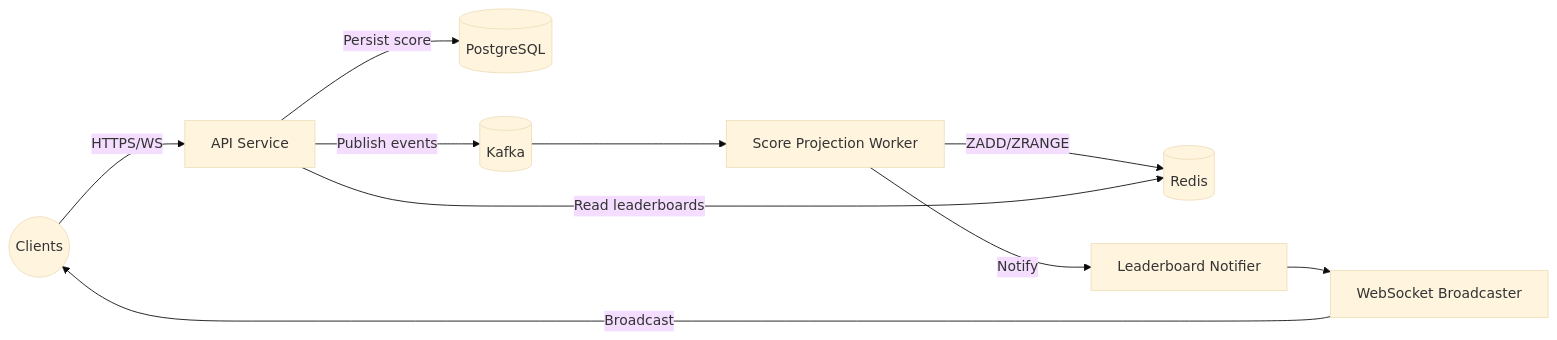
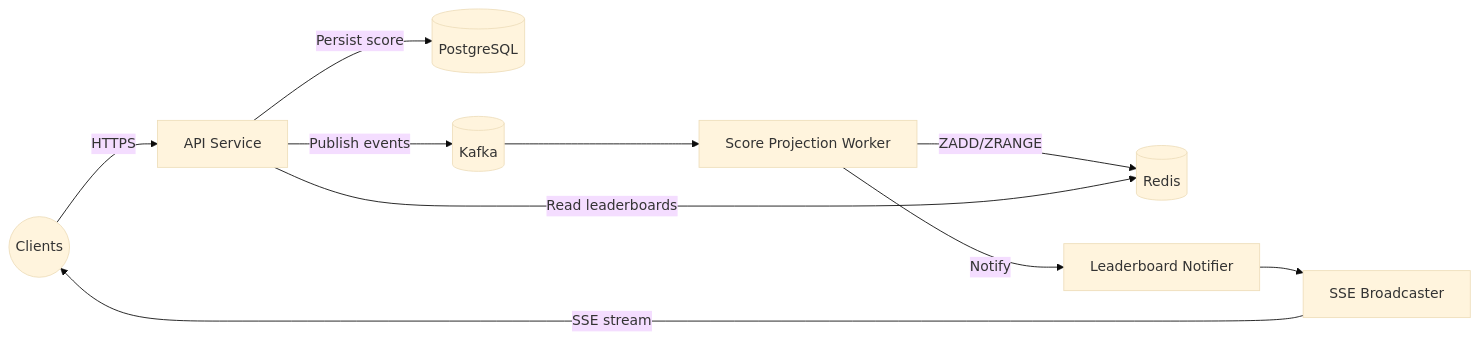
One commit to anhba817/system-design changed the first of 6 diagrams in gaming-leaderboard/DESIGN.md. Above: the diagram before and after it, drawn with Mermaid (base theme). The commit also changed other lines of this file and 5 other files, not shown here.

````diff
--- a/gaming-leaderboard/DESIGN.md
+++ b/gaming-leaderboard/DESIGN.md
@@ -19,12 +19,12 @@
 ```mermaid
 flowchart LR
-    Clients((Clients)) -->|HTTPS/WS| API[API Service]
+    Clients((Clients)) -->|HTTPS| API[API Service]
     API -->|Persist score| PG[(PostgreSQL)]
     API -->|Publish events| Kafka[(Kafka)]
     Kafka --> Worker[Score Projection Worker]
     Worker -->|ZADD/ZRANGE| Redis[(Redis)]
     Worker -->|Notify| Notifier[Leaderboard Notifier]
-    Notifier --> WS[WebSocket Broadcaster]
-    WS -->|Broadcast| Clients
+    Notifier --> SSE[SSE Broadcaster]
+    SSE -->|SSE stream| Clients
     API -->|Read leaderboards| Redis
 ```
````
